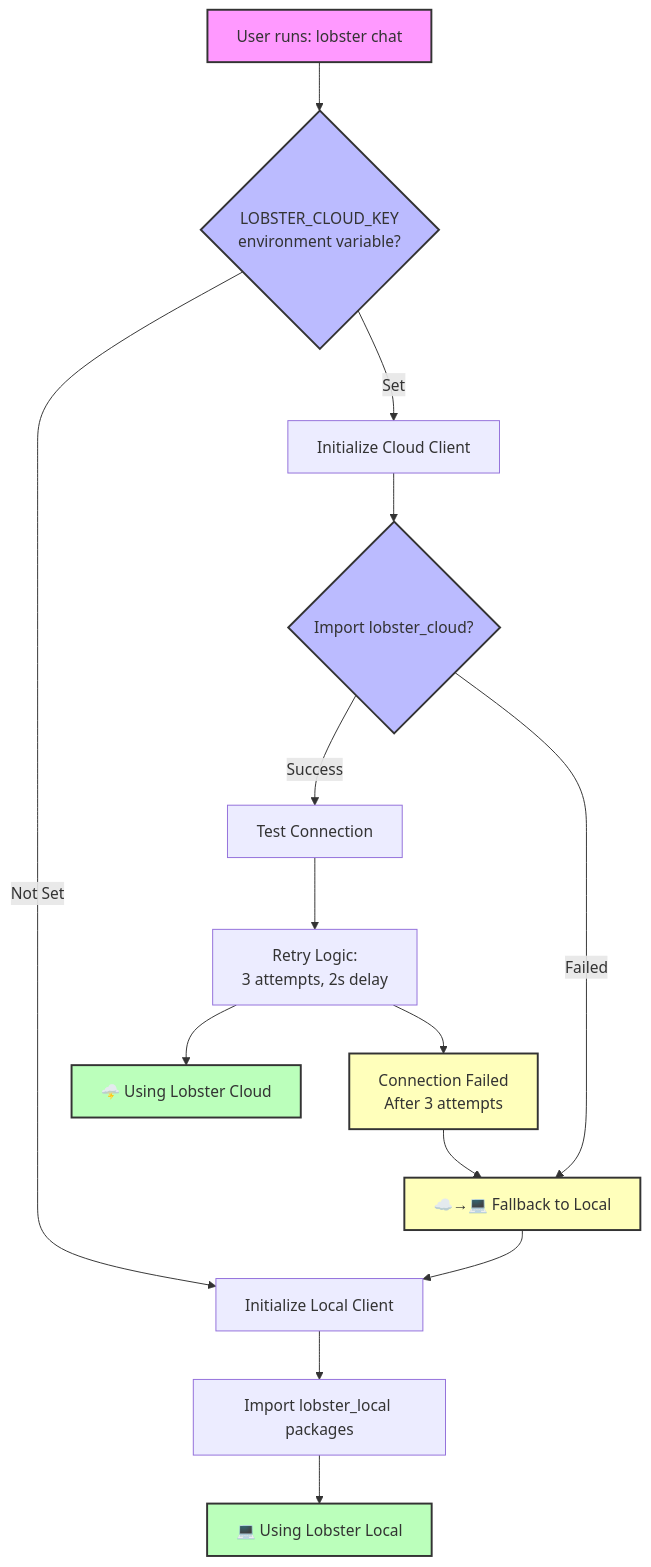
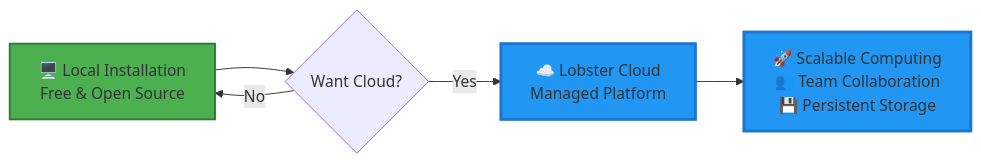
The second of 6 diagrams in docs/architecture_diagram.md (the-omics-os/lobster-local), drawn with Mermaid before and after one commit. The commit also changed other lines of this file and 29 other files, not shown here.

Commit message:
major restructuring, preparing for open source launch

````diff
--- a/docs/architecture_diagram.md
+++ b/docs/architecture_diagram.md
@@ -64,31 +52,14 @@
 ```mermaid
-flowchart TD
-    START[User runs: lobster chat] --> CHECK{LOBSTER_CLOUD_KEY<br/>environment variable?}
+graph LR
+    LOCAL[🖥️ Local Installation<br/>Free & Open Source] --> UPGRADE{Want Cloud?}
+    UPGRADE --> |Yes| CLOUD[☁️ Lobster Cloud<br/>Managed Platform]
+    UPGRADE --> |No| LOCAL
     
-    CHECK -->|Not Set| LOCAL_INIT[Initialize Local Client]
-    CHECK -->|Set| CLOUD_INIT[Initialize Cloud Client]
+    CLOUD --> FEATURES[🚀 Scalable Computing<br/>👥 Team Collaboration<br/>💾 Persistent Storage]
+
+    classDef free fill:#4caf50,stroke:#2e7d32,stroke-width:2px
+    classDef cloud fill:#2196f3,stroke:#1976d2,stroke-width:3px
     
-    LOCAL_INIT --> LOCAL_CHECK[Import lobster_local packages]
-    LOCAL_CHECK --> LOCAL_SUCCESS[💻 Using Lobster Local]
-    
-    CLOUD_INIT --> CLOUD_IMPORT{Import lobster_cloud?}
-    CLOUD_IMPORT -->|Success| CLOUD_TEST[Test Connection]
-    CLOUD_IMPORT -->|Failed| FALLBACK[☁️→💻 Fallback to Local]
-    
-    CLOUD_TEST --> RETRY_LOGIC[Retry Logic:<br/>3 attempts, 2s delay]
-    RETRY_LOGIC --> CLOUD_SUCCESS[🌩️ Using Lobster Cloud]
-    RETRY_LOGIC --> RETRY_FAIL[Connection Failed<br/>After 3 attempts]
-    RETRY_FAIL --> FALLBACK
-    
-    FALLBACK --> LOCAL_INIT
-
-    classDef start fill:#f9f,stroke:#333,stroke-width:2px
-    classDef decision fill:#bbf,stroke:#333,stroke-width:2px
-    classDef success fill:#bfb,stroke:#333,stroke-width:2px
-    classDef fallback fill:#ffb,stroke:#333,stroke-width:2px
-
-    class START start
-    class CHECK,CLOUD_IMPORT decision
-    class LOCAL_SUCCESS,CLOUD_SUCCESS success
-    class FALLBACK,RETRY_FAIL fallback
+    class LOCAL free
+    class CLOUD,FEATURES cloud
 ```
````
